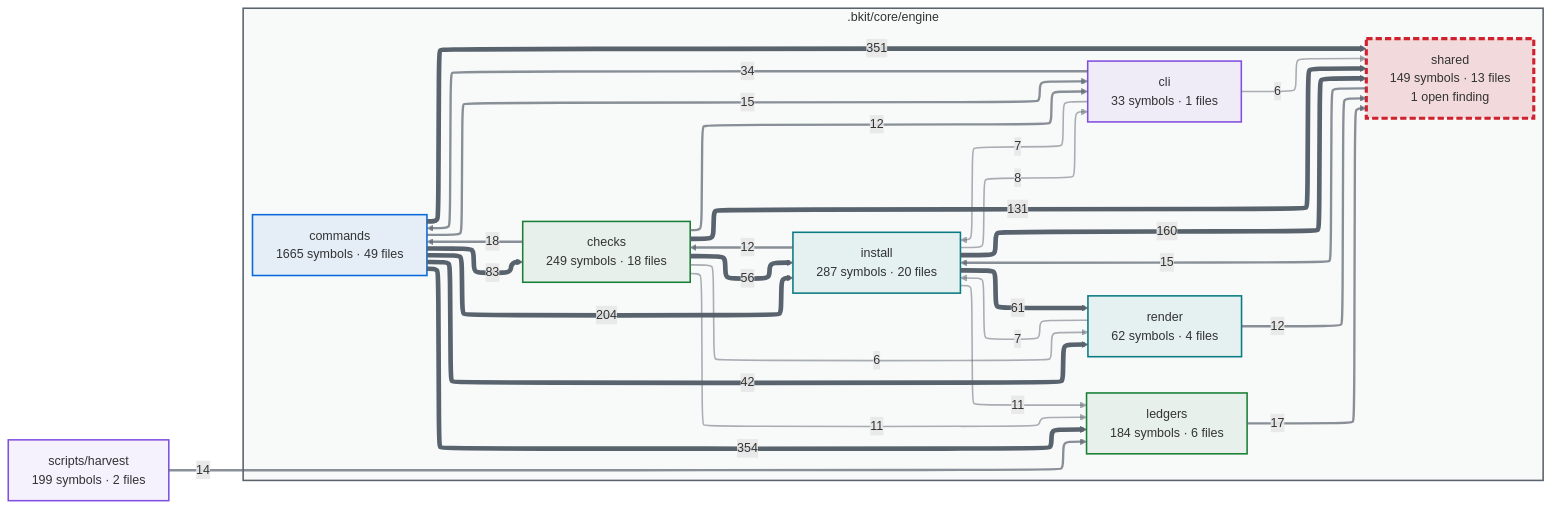
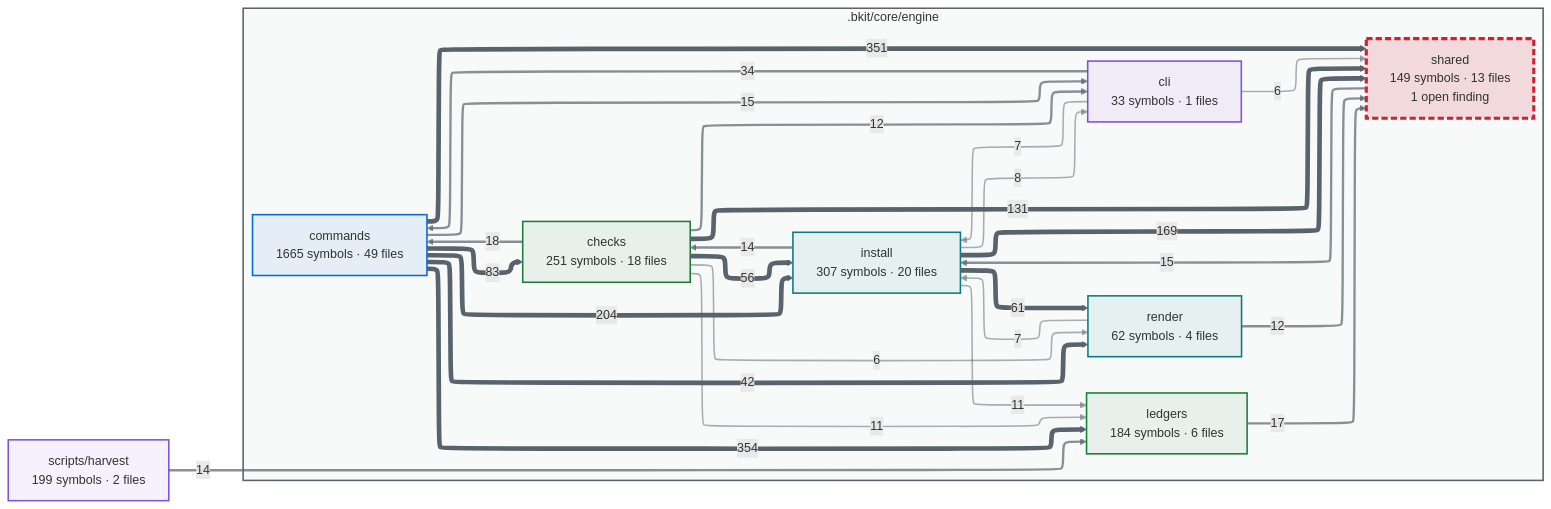
The first of 2 diagrams in docs/capabilities.md (cbartens/bkit), drawn with Mermaid before and after one commit. The commit also changed other lines of this file and 1 other file, not shown here.

Commit message:
chore(748-brand-every-consumer): regenerate capabilities register and graph after rebasing onto dev bkit [skip ci]

````diff
--- a/docs/capabilities.md
+++ b/docs/capabilities.md
@@ -153,80 +154,80 @@
 ```mermaid
 ---
 config:
   layout: elk
   themeCSS: "marker { overflow: visible; } marker path { transform: scale(1.8); transform-origin: 5px 5px; }"
   flowchart:
     useMaxWidth: false
 ---
 flowchart LR
-  %% Generated by bkit-graphify-rollup.py from a11b80d1d958f5e4324726911b16795e1dcdadf7 — do not edit
+  %% Generated by bkit-graphify-rollup.py from 6d3e976d65d068eac7848a19a33a5f845405d535 — do not edit
   subgraph gn_bkit_core_engine[".bkit/core/engine"]
-    n_bkit_core_engine_checks["checks<br/>249 symbols · 18 files"]
+    n_bkit_core_engine_checks["checks<br/>251 symbols · 18 files"]
     n_bkit_core_engine_cli["cli<br/>33 symbols · 1 files"]
     n_bkit_core_engine_commands["commands<br/>1665 symbols · 49 files"]
-    n_bkit_core_engine_install["install<br/>287 symbols · 20 files"]
+    n_bkit_core_engine_install["install<br/>307 symbols · 20 files"]
     n_bkit_core_engine_ledgers["ledgers<br/>184 symbols · 6 files"]
     n_bkit_core_engine_render["render<br/>62 symbols · 4 files"]
     n_bkit_core_engine_shared["shared<br/>149 symbols · 13 files<br/>1 open finding"]
   end
   nscripts_harvest["scripts/harvest<br/>199 symbols · 2 files"]
   n_bkit_core_engine_commands -->|354| n_bkit_core_engine_ledgers
   n_bkit_core_engine_commands -->|351| n_bkit_core_engine_shared
   n_bkit_core_engine_commands -->|204| n_bkit_core_engine_install
-  n_bkit_core_engine_install -->|160| n_bkit_core_engine_shared
+  n_bkit_core_engine_install -->|169| n_bkit_core_engine_shared
   n_bkit_core_engine_checks -->|131| n_bkit_core_engine_shared
   n_bkit_core_engine_commands -->|83| n_bkit_core_engine_checks
   n_bkit_core_engine_install -->|61| n_bkit_core_engine_render
   n_bkit_core_engine_checks -->|56| n_bkit_core_engine_install
   n_bkit_core_engine_commands -->|42| n_bkit_core_engine_render
   n_bkit_core_engine_cli -->|34| n_bkit_core_engine_commands
   n_bkit_core_engine_checks -->|18| n_bkit_core_engine_commands
   n_bkit_core_engine_ledgers -->|17| n_bkit_core_engine_shared
   n_bkit_core_engine_shared -->|15| n_bkit_core_engine_install
   n_bkit_core_engine_commands -->|15| n_bkit_core_engine_cli
+  n_bkit_core_engine_install -->|14| n_bkit_core_engine_checks
   nscripts_harvest -->|14| n_bkit_core_engine_ledgers
-  n_bkit_core_engine_install -->|12| n_bkit_core_engine_checks
   n_bkit_core_engine_checks -->|12| n_bkit_core_engine_cli
   n_bkit_core_engine_render -->|12| n_bkit_core_engine_shared
   n_bkit_core_engine_checks -->|11| n_bkit_core_engine_ledgers
   n_bkit_core_engine_install -->|11| n_bkit_core_engine_ledgers
   n_bkit_core_engine_install -->|8| n_bkit_core_engine_cli
   n_bkit_core_engine_cli -->|7| n_bkit_core_engine_install
   n_bkit_core_engine_render -->|7| n_bkit_core_engine_install
   n_bkit_core_engine_checks -->|6| n_bkit_core_engine_render
   n_bkit_core_engine_cli -->|6| n_bkit_core_engine_shared
   style gn_bkit_core_engine fill:#59636e0a,stroke:#59636e,stroke-width:2px
   style n_bkit_core_engine_checks stroke:#1a7f37,stroke-width:2px,fill:#1a7f3714
   style n_bkit_core_engine_cli stroke:#8250df,stroke-width:2px,fill:#8250df14
   style n_bkit_core_engine_commands stroke:#0969da,stroke-width:2px,fill:#0969da14
   style n_bkit_core_engine_install stroke:#0a7b83,stroke-width:2px,fill:#0a7b8314
   style n_bkit_core_engine_ledgers stroke:#1a7f37,stroke-width:2px,fill:#1a7f3714
   style n_bkit_core_engine_render stroke:#0a7b83,stroke-width:2px,fill:#0a7b8314
   style n_bkit_core_engine_shared stroke:#cf222e,stroke-width:4px,stroke-dasharray:8 4,fill:#cf222e26
   style nscripts_harvest stroke:#8250df,stroke-width:2px,fill:#8250df14
   linkStyle 0 stroke:#59636e,stroke-width:6px
   linkStyle 1 stroke:#59636e,stroke-width:6px
   linkStyle 2 stroke:#59636e,stroke-width:6px
   linkStyle 3 stroke:#59636e,stroke-width:6px
   linkStyle 4 stroke:#59636e,stroke-width:6px
   linkStyle 5 stroke:#59636e,stroke-width:6px
   linkStyle 6 stroke:#59636e,stroke-width:6px
   linkStyle 7 stroke:#59636e,stroke-width:6px
   linkStyle 8 stroke:#59636e,stroke-width:6px
   linkStyle 9 stroke:#59636eb3,stroke-width:3px
   linkStyle 10 stroke:#59636eb3,stroke-width:3px
   linkStyle 11 stroke:#59636eb3,stroke-width:3px
   linkStyle 12 stroke:#59636eb3,stroke-width:3px
   linkStyle 13 stroke:#59636eb3,stroke-width:3px
   linkStyle 14 stroke:#59636eb3,stroke-width:3px
   linkStyle 15 stroke:#59636eb3,stroke-width:3px
   linkStyle 16 stroke:#59636eb3,stroke-width:3px
   linkStyle 17 stroke:#59636eb3,stroke-width:3px
   linkStyle 18 stroke:#59636e80,stroke-width:2px
   linkStyle 19 stroke:#59636e80,stroke-width:2px
   linkStyle 20 stroke:#59636e80,stroke-width:2px
   linkStyle 21 stroke:#59636e80,stroke-width:2px
   linkStyle 22 stroke:#59636e80,stroke-width:2px
   linkStyle 23 stroke:#59636e80,stroke-width:2px
   linkStyle 24 stroke:#59636e80,stroke-width:2px
 ```
````
